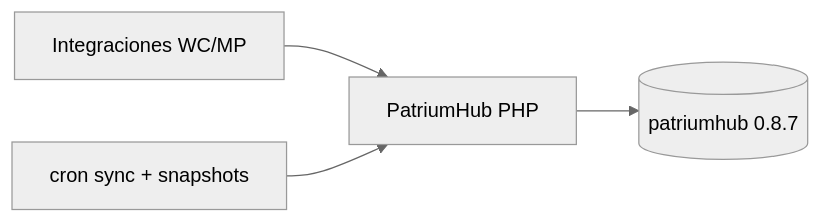
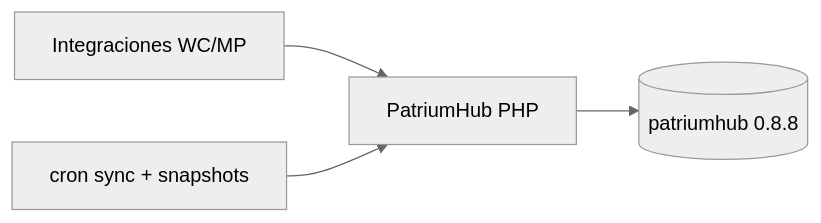
Before and after one commit to PatriumHub/Arquitectura: the diagram in 08-estado-actual-vs-objetivo.md, drawn with Mermaid (neutral theme). The commit also changed other lines of this file and 7 other files, not shown here.

````diff
--- a/08-estado-actual-vs-objetivo.md
+++ b/08-estado-actual-vs-objetivo.md
@@ -23,10 +23,10 @@
 ```mermaid
 flowchart LR
   App[PatriumHub PHP]
-  DB[(patriumhub 0.8.7)]
+  DB[(patriumhub 0.8.8)]
   UIInt[Integraciones WC/MP]
   Cron[cron sync + snapshots]
   App --> DB
   UIInt --> App
   Cron --> App
 ```
````
